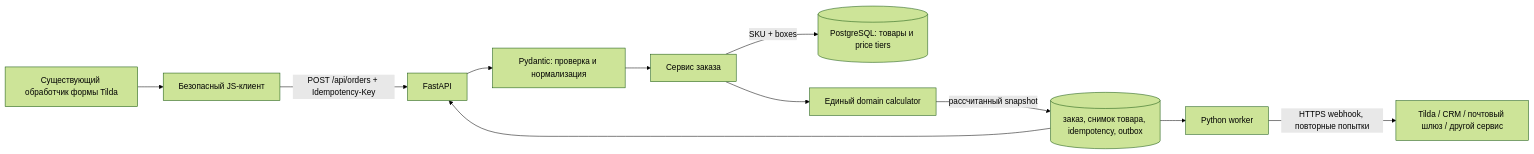
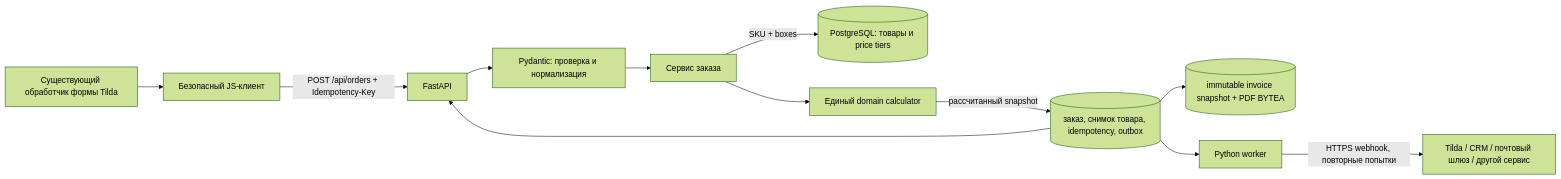
The diagram in README.md (Ratmirka145/ADROSTA), drawn with Mermaid (forest theme) before and after one commit. The commit also changed other lines of this file and 29 other files, not shown here.

Commit message:
Add immutable invoice PDF generation

````diff
--- a/README.md
+++ b/README.md
@@ -34,13 +34,14 @@
 ```mermaid
 flowchart LR
     T["Существующий обработчик формы Tilda"] --> C["Безопасный JS-клиент"]
     C -->|"POST /api/orders + Idempotency-Key"| A["FastAPI"]
     A --> V["Pydantic: проверка и нормализация"]
     V --> S["Сервис заказа"]
     S -->|"SKU + boxes"| DB[("PostgreSQL: товары и price tiers")]
     S --> D["Единый domain calculator"]
     D -->|"рассчитанный snapshot"| O[("заказ, снимок товара, idempotency, outbox")]
+    O --> I[("immutable invoice snapshot + PDF BYTEA")]
     O --> A
     O --> W["Python worker"]
     W -->|"HTTPS webhook, повторные попытки"| X["Tilda / CRM / почтовый шлюз / другой сервис"]
 ```
````
